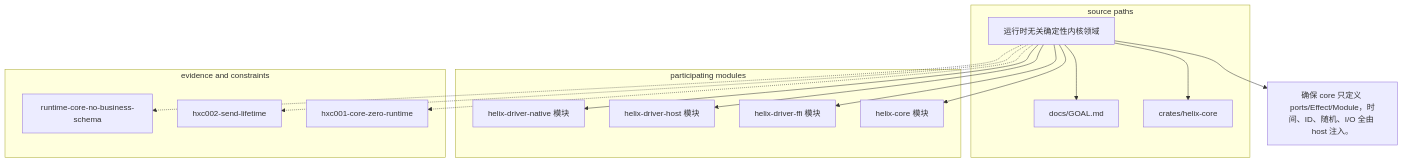
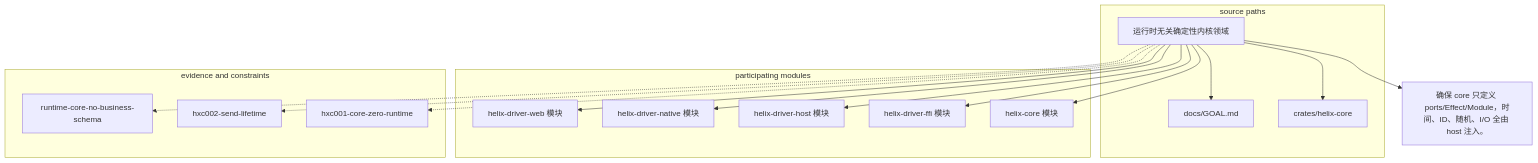
One commit to zxs1633079383/helix changed the diagram in .agents/diagrams/domains/runtime-core.mmd. Above: the diagram before and after it, drawn with Mermaid. The commit also changed 45 other files, not shown here.

First line of the commit message:
refactor(driver-web): 删除历史 wasm 驱动骨架

```diff
--- a/.agents/diagrams/domains/runtime-core.mmd
+++ b/.agents/diagrams/domains/runtime-core.mmd
@@ -1,28 +1,30 @@
 flowchart TB
   D["运行时无关确定性内核领域"]
   S["确保 core 只定义 ports/Effect/Module，时间、ID、随机、I/O 全由 host 注入。"]
   D --> S
   subgraph Sources["source paths"]
     P0["crates/helix-core"]
     D --> P0
     P1["docs/GOAL.md"]
     D --> P1
   end
   subgraph Modules["participating modules"]
     M0["helix-core 模块"]
     D --> M0
     M1["helix-driver-ffi 模块"]
     D --> M1
     M2["helix-driver-host 模块"]
     D --> M2
     M3["helix-driver-native 模块"]
     D --> M3
+    M4["helix-driver-web 模块"]
+    D --> M4
   end
   subgraph Gates["evidence and constraints"]
     C0["hxc001-core-zero-runtime"]
     D -.-> C0
     C1["hxc002-send-lifetime"]
     D -.-> C1
     C2["runtime-core-no-business-schema"]
     D -.-> C2
   end
```
